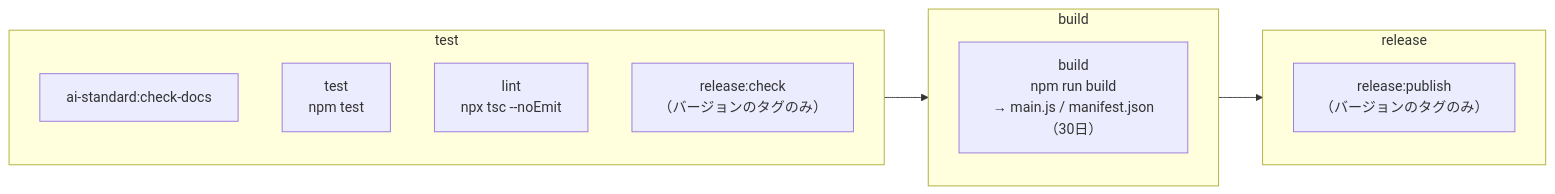
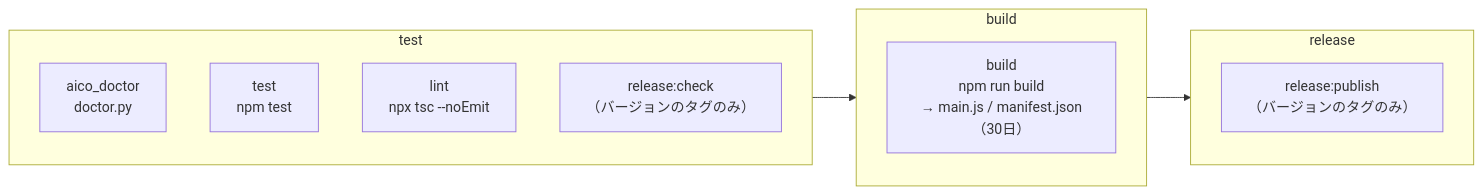
Before and after one commit to sasaki819/JotLine: the first of 2 diagrams in docs/architecture/05.Build-and-Release.md, drawn with Mermaid. The commit also changed other lines of this file and 274 other files, not shown here.

Commit message:
chore: ai-dev-standard から AIco v0.2.0 へ移行

````diff
--- a/docs/architecture/05.Build-and-Release.md
+++ b/docs/architecture/05.Build-and-Release.md
@@ -34,16 +34,16 @@
 ```mermaid
 flowchart LR
     subgraph test
-        CD["ai-standard:check-docs"]
+        CD["aico_doctor<br/>doctor.py"]
         T["test<br/>npm test"]
         L["lint<br/>npx tsc --noEmit"]
         RC["release:check<br/>（バージョンのタグのみ）"]
     end
     subgraph build
         B["build<br/>npm run build<br/>→ main.js / manifest.json（30日）"]
     end
     subgraph release
         RP["release:publish<br/>（バージョンのタグのみ）"]
     end
     test --> build --> release
 ```
````
